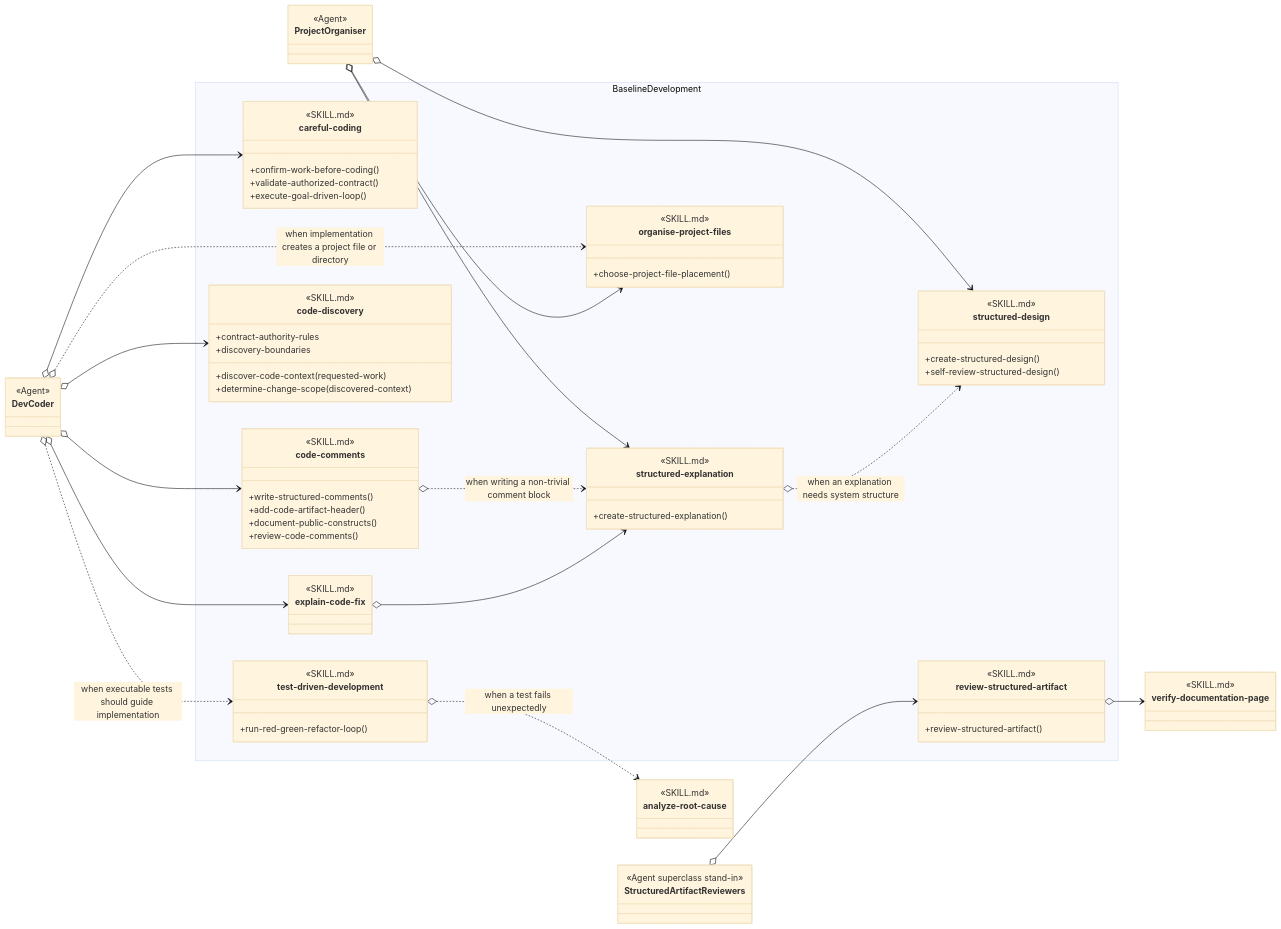
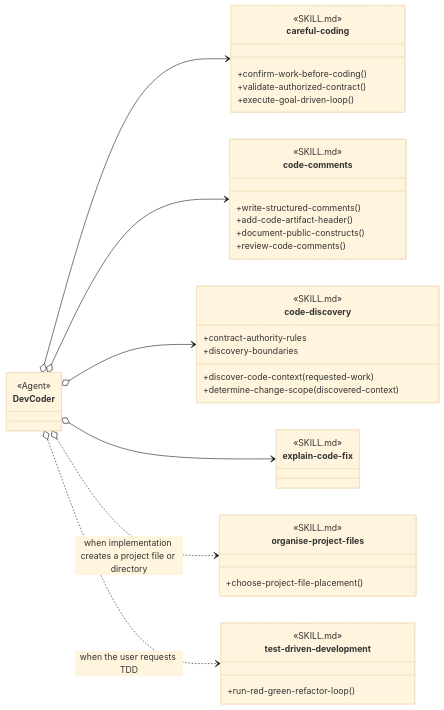
The second of 5 diagrams in design/skill-groups/baseline-development.md (martinbechard/dev-methodology), drawn with Mermaid (base theme) before and after one commit. The commit also changed other lines of this file and 8 other files, not shown here.

Commit message:
Clarify agent and skill group dependency views

````diff
--- a/design/skill-groups/baseline-development.md
+++ b/design/skill-groups/baseline-development.md
@@ -18,86 +70,47 @@
         <<Agent>>
     }
 
-    class ProjectOrganiser {
-        <<Agent>>
+    class careful-coding {
+        <<SKILL.md>>
+        <<Agent Skill>>
+        +confirm-work-before-coding()
+        +validate-authorized-contract()
+        +execute-goal-driven-loop()
     }
 
-    class StructuredArtifactReviewers {
-        <<Agent superclass stand-in>>
+    class code-comments {
+        <<SKILL.md>>
+        <<Agent Skill>>
+        +write-structured-comments()
+        +add-code-artifact-header()
+        +document-public-constructs()
+        +review-code-comments()
     }
 
-    namespace BaselineDevelopment {
-        class careful-coding {
-            <<SKILL.md>>
-            <<Agent Skill>>
-            +confirm-work-before-coding()
-            +validate-authorized-contract()
-            +execute-goal-driven-loop()
-        }
-
-        class code-comments {
-            <<SKILL.md>>
-            <<Agent Skill>>
-            +write-structured-comments()
-            +add-code-artifact-header()
-            +document-public-constructs()
-            +review-code-comments()
-        }
-
-        class code-discovery {
-            <<SKILL.md>>
-            <<Agent Skill>>
-            +discover-code-context(requested-work)
-            +determine-change-scope(discovered-context)
-            +contract-authority-rules
-            +discovery-boundaries
-        }
-
-        class test-driven-development {
-            <<SKILL.md>>
-            <<Agent Skill>>
-            +run-red-green-refactor-loop()
-        }
-
-        class structured-design {
-            <<SKILL.md>>
-            <<Agent Skill>>
-            +create-structured-design()
-            +self-review-structured-design()
-        }
-
-        class structured-explanation {
-            <<SKILL.md>>
-            <<Agent Skill>>
-            +create-structured-explanation()
-        }
-
-        class organise-project-files {
-            <<SKILL.md>>
-            <<Agent Skill>>
-            +choose-project-file-placement()
-        }
-
-        class review-structured-artifact {
-            <<SKILL.md>>
-            <<Agent Skill>>
-            +review-structured-artifact()
-        }
-
-        class explain-code-fix {
-            <<SKILL.md>>
-            <<Agent Skill>>
-        }
+    class code-discovery {
+        <<SKILL.md>>
+        <<Agent Skill>>
+        +discover-code-context(requested-work)
+        +determine-change-scope(discovered-context)
+        +contract-authority-rules
+        +discovery-boundaries
     }
 
-    class verify-documentation-page {
+    class explain-code-fix {
         <<SKILL.md>>
-        <<Cross-group>>
+        <<Agent Skill>>
     }
 
-    class analyze-root-cause {
+    class organise-project-files {
         <<SKILL.md>>
-        <<Cross-group>>
+        <<Agent Skill>>
+        +choose-project-file-placement()
+    }
+
+    class test-driven-development {
+        <<SKILL.md>>
+        <<Agent Skill>>
+        +run-red-green-refactor-loop()
     }
 
     DevCoder o--> careful-coding
@@ -105,17 +118,5 @@
     DevCoder o--> code-discovery
     DevCoder o--> explain-code-fix
     DevCoder o..> organise-project-files : when implementation creates a project file or directory
-    DevCoder o..> test-driven-development : when executable tests should guide implementation
-
-    ProjectOrganiser o--> organise-project-files
-    ProjectOrganiser o--> structured-design
-    ProjectOrganiser o--> structured-explanation
-
-    StructuredArtifactReviewers o--> review-structured-artifact
-
-    code-comments o..> structured-explanation : when writing a non-trivial comment block
-    explain-code-fix o--> structured-explanation
-    structured-explanation o..> structured-design : when an explanation needs system structure
-    review-structured-artifact o--> verify-documentation-page
-    test-driven-development o..> analyze-root-cause : when a test fails unexpectedly
+    DevCoder o..> test-driven-development : when the user requests TDD
 ```
````
